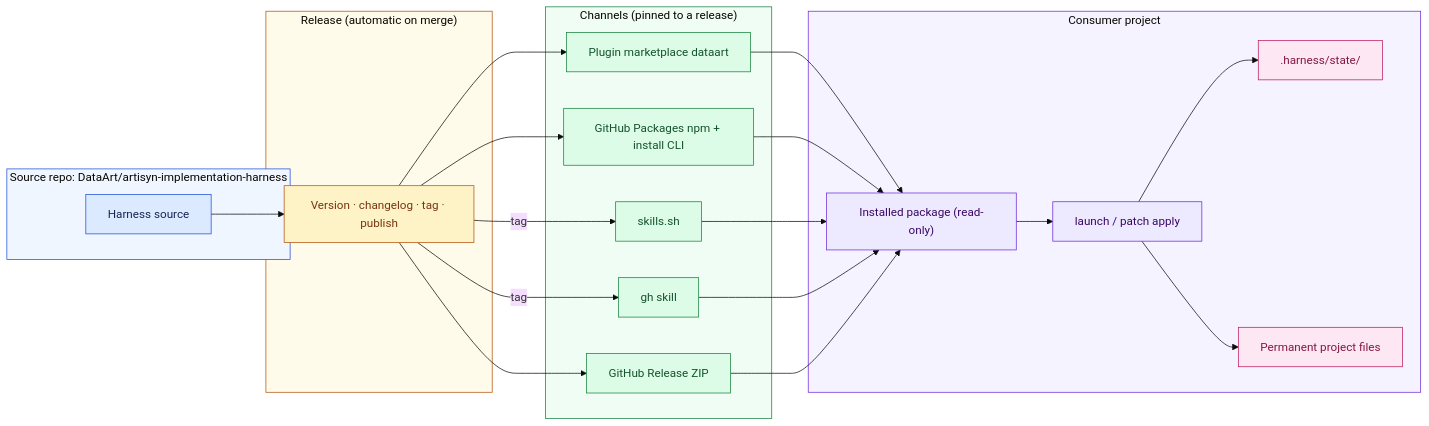
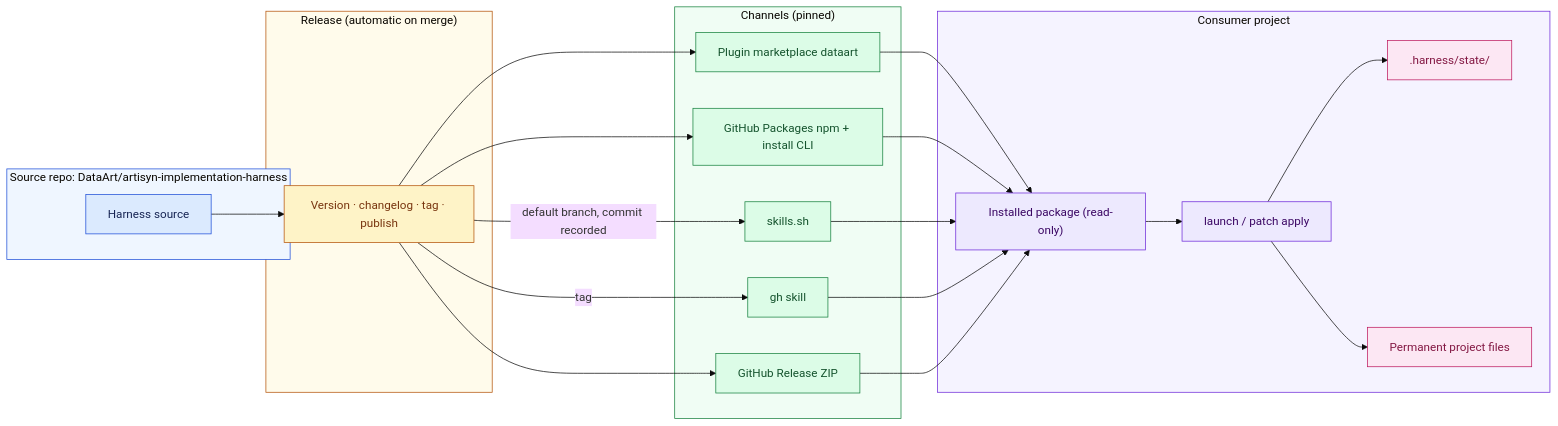
The diagram in docs/Harness/09 Distribution/index.md (DataArt/artisyn-implementation-harness), drawn with Mermaid (base theme) before and after one commit. The commit also changed other lines of this file and 36 other files, not shown here.

First line of the commit message:
docs(architecture): describe harness distribution, the release pipeline and its runbook

````diff
--- a/docs/Harness/09 Distribution/index.md
+++ b/docs/Harness/09 Distribution/index.md
@@ -27,55 +27,55 @@
 ```mermaid
 flowchart LR
     subgraph REPO["Source repo: DataArt/artisyn-implementation-harness"]
         SRC["Harness source"]
     end
 
     subgraph PIPE["Release (automatic on merge)"]
         REL["Version · changelog · tag · publish"]
     end
 
-    subgraph CH["Channels (pinned to a release)"]
+    subgraph CH["Channels (pinned)"]
         C1["Plugin marketplace dataart"]
         C2["GitHub Packages npm + install CLI"]
         C3["skills.sh"]
         C4["gh skill"]
         C5["GitHub Release ZIP"]
     end
 
     subgraph CONS["Consumer project"]
         PKG["Installed package (read-only)"]
         L["launch / patch apply"]
         ST[".harness/state/"]
         PF["Permanent project files"]
     end
 
     SRC --> REL
     REL --> C1
     REL --> C2
-    REL -->|"tag"| C3
+    REL -->|"default branch, commit recorded"| C3
     REL -->|"tag"| C4
     REL --> C5
     C1 --> PKG
     C2 --> PKG
     C3 --> PKG
     C4 --> PKG
     C5 --> PKG
     PKG --> L
     L --> ST
     L --> PF
 
     classDef source fill:#dbeafe,stroke:#1d4ed8,color:#172554
     classDef pipeline fill:#fef3c7,stroke:#b45309,color:#78350f
     classDef channel fill:#dcfce7,stroke:#15803d,color:#14532d
     classDef consumer fill:#ede9fe,stroke:#6d28d9,color:#3b0764
     classDef state fill:#fce7f3,stroke:#be185d,color:#831843
     class SRC source
     class REL pipeline
     class C1,C2,C3,C4,C5 channel
     class PKG,L consumer
     class ST,PF state
     style REPO fill:#eff6ff,stroke:#1d4ed8
     style PIPE fill:#fffbeb,stroke:#b45309
     style CH fill:#f0fdf4,stroke:#15803d
     style CONS fill:#f5f3ff,stroke:#6d28d9
 ```
````
